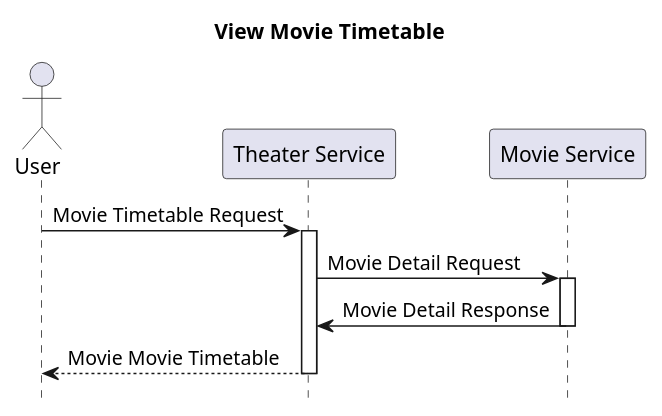
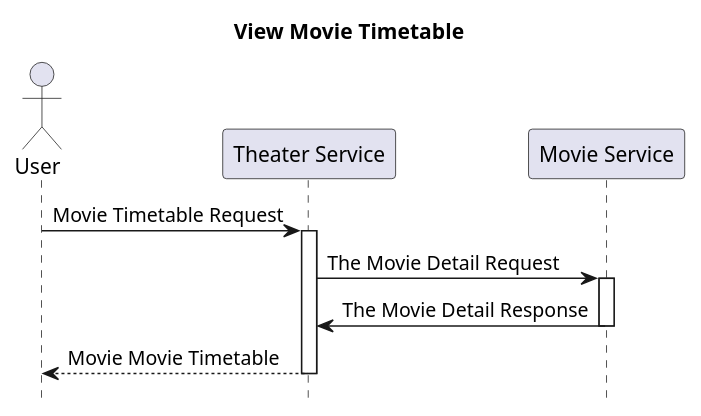
Before and after one commit to b4456609/movie-example: the diagram in diagram/viewTimetable.pu, drawn with PlantUML. The commit also changed 5 other files, not shown here.

```diff
--- a/diagram/viewTimetable.pu
+++ b/diagram/viewTimetable.pu
@@ -1,18 +1,18 @@
 @startuml
 hide footbox
 title View Movie Timetable
 
 actor User
 participant "Theater Service" as TS
 participant "Movie Service" as MS
 
 User -> TS: Movie Timetable Request
 activate TS
-TS -> MS: Movie Detail Request
+TS -> MS: The Movie Detail Request
 activate MS
-MS -> TS: Movie Detail Response
+MS -> TS: The Movie Detail Response
 deactivate MS
 TS --> User: Movie Movie Timetable
 deactivate TS
 
 @enduml
```
